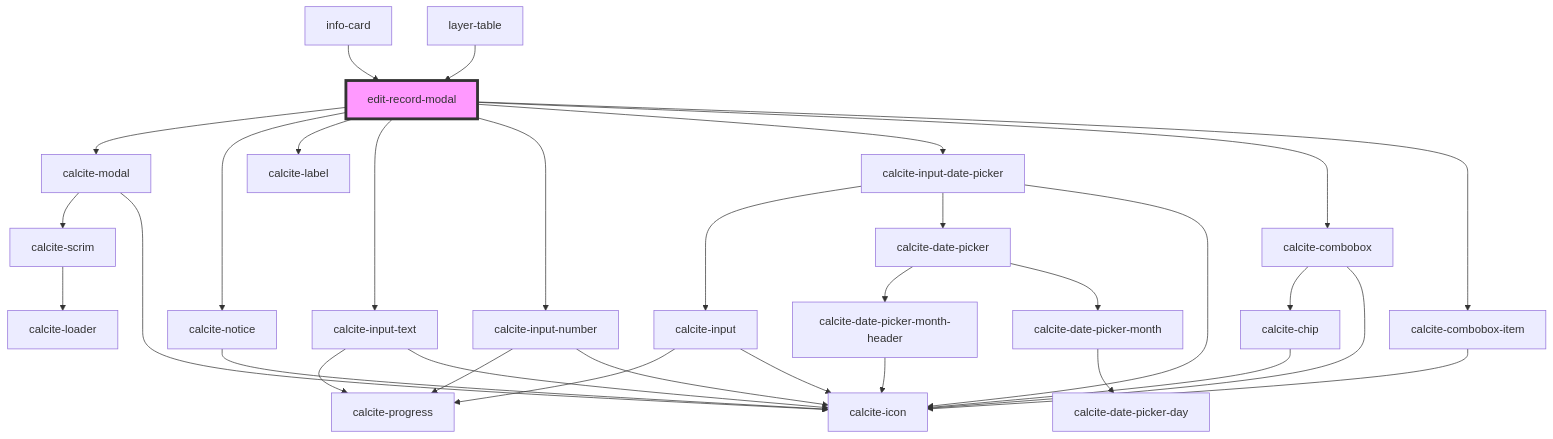
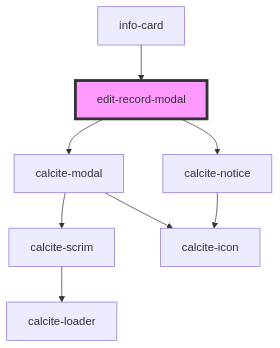
The diagram in src/components/edit-record-modal/readme.md (Esri/solutions-components), drawn with Mermaid before and after one commit. The commit also changed other lines of this file and 9 other files, not shown here.

````diff
--- a/src/components/edit-record-modal/readme.md
+++ b/src/components/edit-record-modal/readme.md
@@ -46,35 +38,11 @@
 ```mermaid
 graph TD;
   edit-record-modal --> calcite-modal
   edit-record-modal --> calcite-notice
-  edit-record-modal --> calcite-label
-  edit-record-modal --> calcite-input-text
-  edit-record-modal --> calcite-input-number
-  edit-record-modal --> calcite-input-date-picker
-  edit-record-modal --> calcite-combobox
-  edit-record-modal --> calcite-combobox-item
   calcite-modal --> calcite-scrim
   calcite-modal --> calcite-icon
   calcite-scrim --> calcite-loader
   calcite-notice --> calcite-icon
-  calcite-input-text --> calcite-progress
-  calcite-input-text --> calcite-icon
-  calcite-input-number --> calcite-progress
-  calcite-input-number --> calcite-icon
-  calcite-input-date-picker --> calcite-input
-  calcite-input-date-picker --> calcite-date-picker
-  calcite-input-date-picker --> calcite-icon
-  calcite-input --> calcite-progress
-  calcite-input --> calcite-icon
-  calcite-date-picker --> calcite-date-picker-month-header
-  calcite-date-picker --> calcite-date-picker-month
-  calcite-date-picker-month-header --> calcite-icon
-  calcite-date-picker-month --> calcite-date-picker-day
-  calcite-combobox --> calcite-chip
-  calcite-combobox --> calcite-icon
-  calcite-chip --> calcite-icon
-  calcite-combobox-item --> calcite-icon
   info-card --> edit-record-modal
-  layer-table --> edit-record-modal
   style edit-record-modal fill:#f9f,stroke:#333,stroke-width:4px
 ```
````
